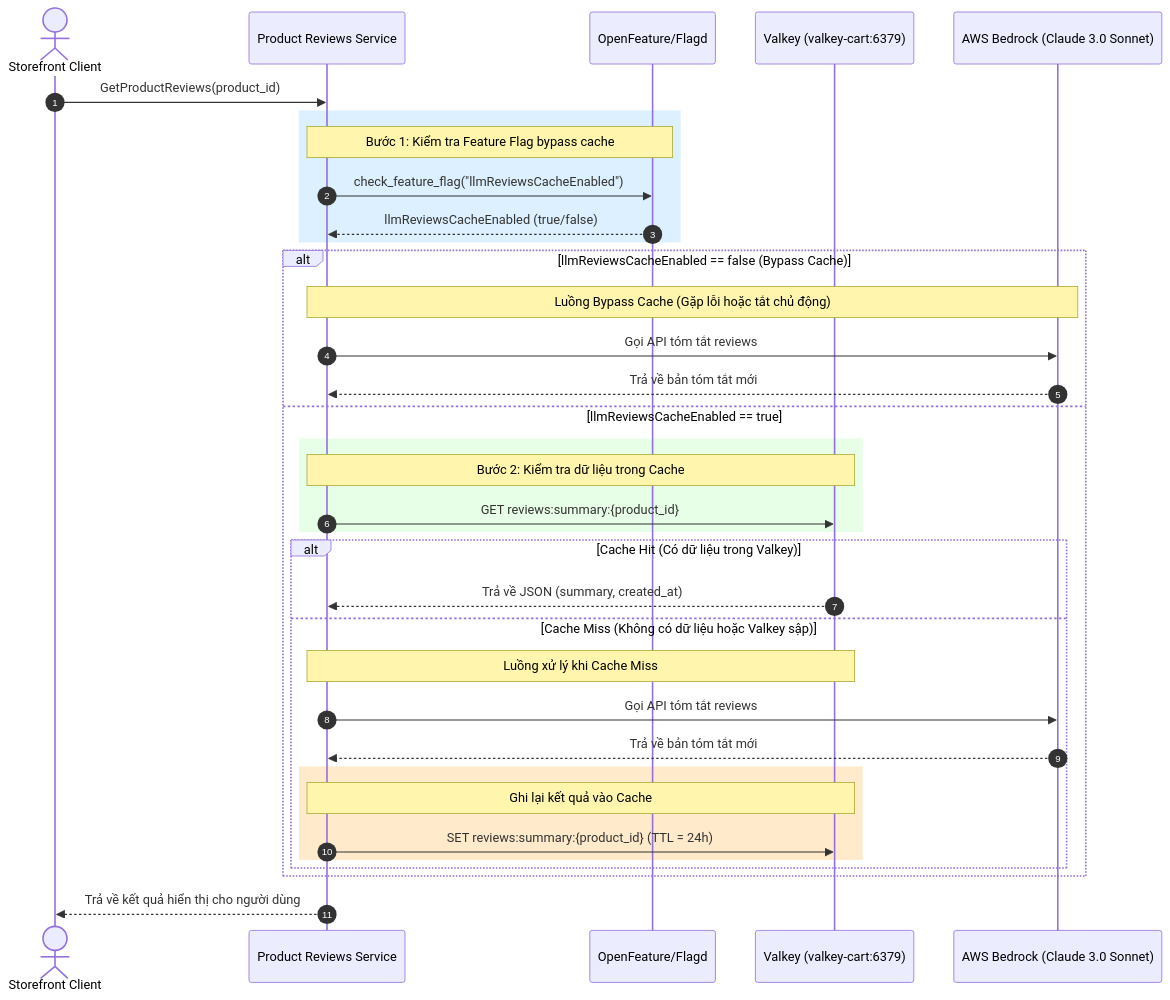
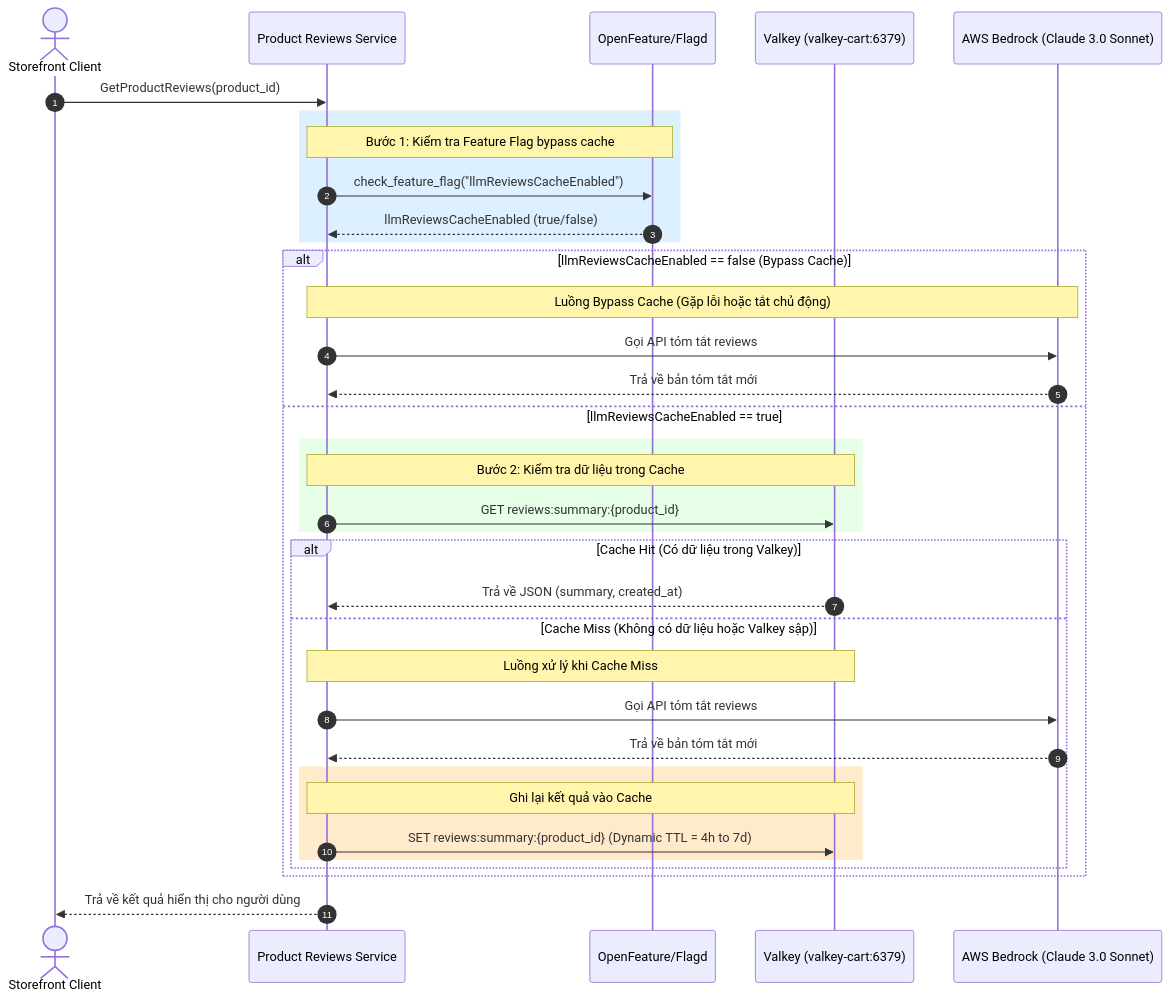
The diagram in docs/ai/specs/valkey_caching.md (nguyenductien-qnm/capstone-phase-3), drawn with Mermaid before and after one commit. The commit also changed other lines of this file and 2 other files, not shown here.

Commit message:
docs: update static 24h TTL and Claude 3.0 references to dynamic TTL and ADR-004

````diff
--- a/docs/ai/specs/valkey_caching.md
+++ b/docs/ai/specs/valkey_caching.md
@@ -5,43 +5,43 @@
 ```mermaid
 sequenceDiagram
     autonumber
     actor Client as Storefront Client
     participant Reviews as Product Reviews Service
     participant Flagd as OpenFeature/Flagd
     participant Valkey as Valkey (valkey-cart:6379)
     participant Bedrock as AWS Bedrock (Claude 3.0 Sonnet)
 
     Client->>Reviews: GetProductReviews(product_id)
     
     rect rgb(220, 240, 255)
         note over Reviews, Flagd: Bước 1: Kiểm tra Feature Flag bypass cache
         Reviews->>Flagd: check_feature_flag("llmReviewsCacheEnabled")
         Flagd-->>Reviews: llmReviewsCacheEnabled (true/false)
     end
 
     alt llmReviewsCacheEnabled == false (Bypass Cache)
         note over Reviews, Bedrock: Luồng Bypass Cache (Gặp lỗi hoặc tắt chủ động)
         Reviews->>Bedrock: Gọi API tóm tắt reviews
         Bedrock-->>Reviews: Trả về bản tóm tắt mới
     else llmReviewsCacheEnabled == true
         rect rgb(230, 255, 230)
             note over Reviews, Valkey: Bước 2: Kiểm tra dữ liệu trong Cache
             Reviews->>Valkey: GET reviews:summary:{product_id}
         end
         
         alt Cache Hit (Có dữ liệu trong Valkey)
             Valkey-->>Reviews: Trả về JSON (summary, created_at)
         else Cache Miss (Không có dữ liệu hoặc Valkey sập)
             note over Reviews, Valkey: Luồng xử lý khi Cache Miss
             Reviews->>Bedrock: Gọi API tóm tắt reviews
             Bedrock-->>Reviews: Trả về bản tóm tắt mới
             
             rect rgb(255, 235, 204)
                 note over Reviews, Valkey: Ghi lại kết quả vào Cache
-                Reviews->>Valkey: SET reviews:summary:{product_id} (TTL = 24h)
+                Reviews->>Valkey: SET reviews:summary:{product_id} (Dynamic TTL = 4h to 7d)
             end
         end
     end
     
     Reviews-->>Client: Trả về kết quả hiển thị cho người dùng
 ```
````
